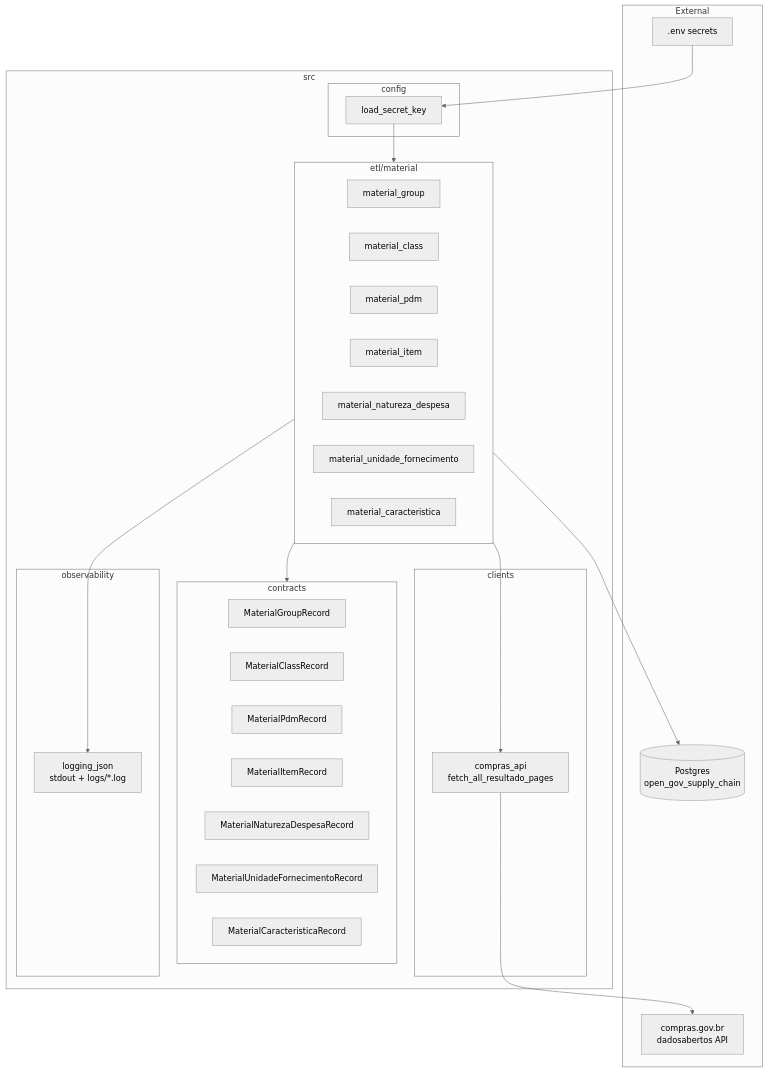
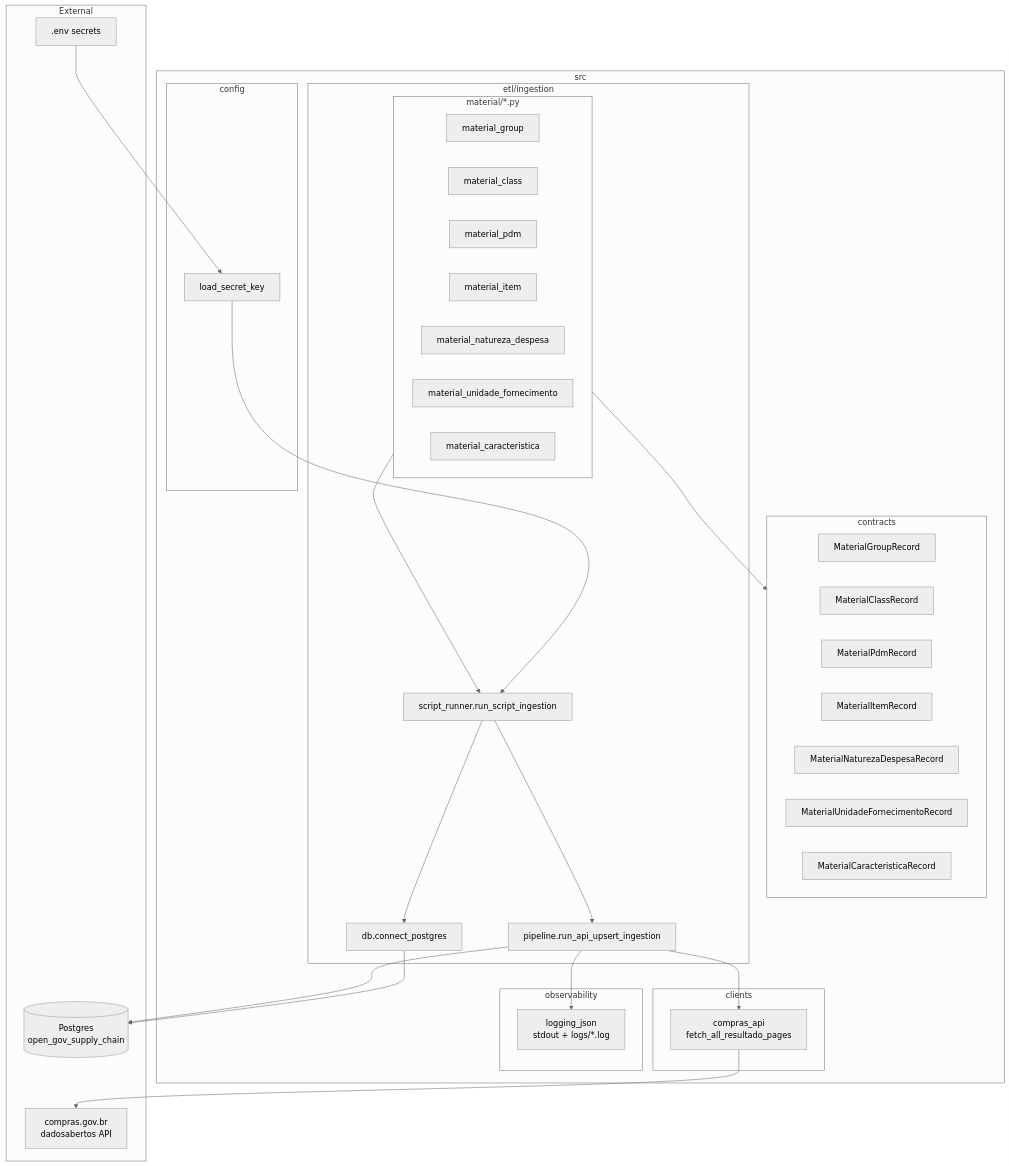
Before and after one commit to mpraes/open-gov-supply-chain-data: the first of 3 diagrams in docs/architecture.md, drawn with Mermaid (neutral theme). The commit also changed other lines of this file and 18 other files, not shown here.

Commit message:
Refatora ingestão de material para pipeline compartilhado (db/pipeline/script_runner)

````diff
--- a/docs/architecture.md
+++ b/docs/architecture.md
@@ -7,50 +8,60 @@
 ```mermaid
 flowchart TB
   subgraph External
     API["compras.gov.br<br/>dadosabertos API"]
     ENV[".env secrets"]
     PG[(Postgres<br/>open_gov_supply_chain)]
   end
 
   subgraph src
     subgraph config
       SK["load_secret_key"]
     end
 
     subgraph clients
       CA["compras_api<br/>fetch_all_resultado_pages"]
     end
 
     subgraph contracts
       C1["MaterialGroupRecord"]
       C2["MaterialClassRecord"]
       C3["MaterialPdmRecord"]
       C4["MaterialItemRecord"]
       C5["MaterialNaturezaDespesaRecord"]
       C6["MaterialUnidadeFornecimentoRecord"]
       C7["MaterialCaracteristicaRecord"]
     end
 
-    subgraph etl_material["etl/material"]
-      E1["material_group"]
-      E2["material_class"]
-      E3["material_pdm"]
-      E4["material_item"]
-      E5["material_natureza_despesa"]
-      E6["material_unidade_fornecimento"]
-      E7["material_caracteristica"]
+    subgraph ingestion["etl/ingestion"]
+      DB["db.connect_postgres"]
+      PIPE["pipeline.run_api_upsert_ingestion"]
+      RUN["script_runner.run_script_ingestion"]
+
+      subgraph material["material/*.py"]
+        E1["material_group"]
+        E2["material_class"]
+        E3["material_pdm"]
+        E4["material_item"]
+        E5["material_natureza_despesa"]
+        E6["material_unidade_fornecimento"]
+        E7["material_caracteristica"]
+      end
     end
 
     subgraph observability
       LOG["logging_json<br/>stdout + logs/*.log"]
     end
   end
 
   ENV --> SK
-  SK --> etl_material
-  etl_material --> CA
+  SK --> RUN
+  material --> RUN
+  RUN --> DB
+  RUN --> PIPE
+  PIPE --> CA
   CA --> API
-  etl_material --> contracts
-  etl_material --> LOG
-  etl_material --> PG
+  material --> contracts
+  PIPE --> LOG
+  DB --> PG
+  PIPE --> PG
 ```
````
